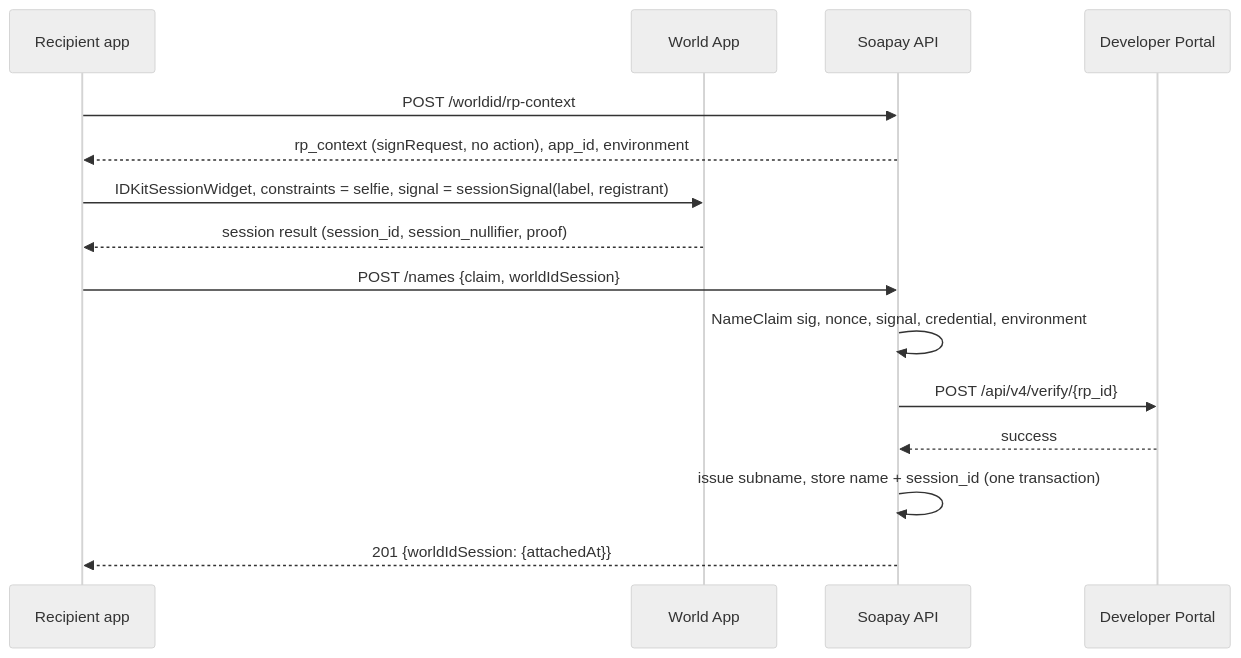
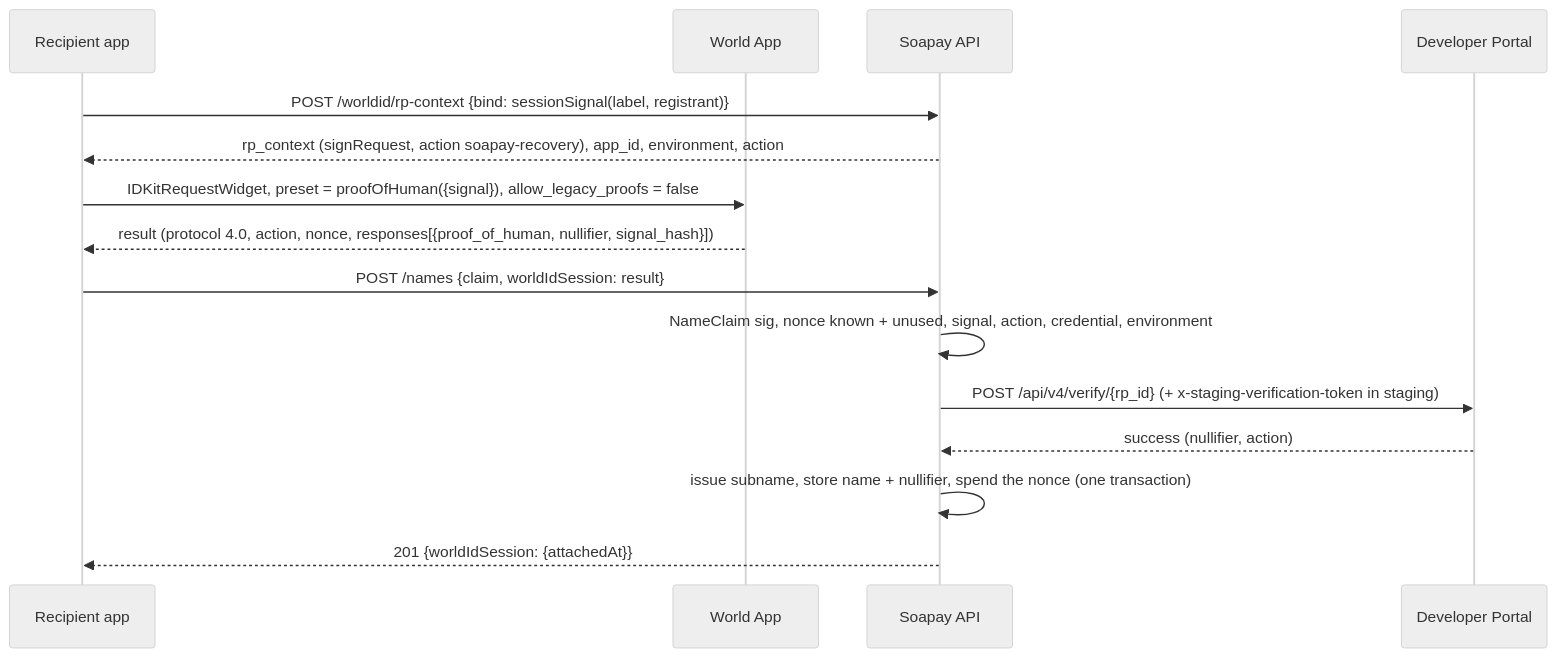
Before and after one commit to easonchai/soapay: the first of 3 diagrams in docs/worldid.md, drawn with Mermaid (neutral theme). The commit also changed other lines of this file and 6 other files, not shown here.

First line of the commit message:
Docs: World ID recovery by nullifier (D-58), debrief friction, architecture, spec and bounty notes

````diff
--- a/docs/worldid.md
+++ b/docs/worldid.md
@@ -55,17 +67,17 @@
 ```mermaid
 sequenceDiagram
   participant R as Recipient app
   participant W as World App
   participant A as Soapay API
   participant P as Developer Portal
-  R->>A: POST /worldid/rp-context
-  A-->>R: rp_context (signRequest, no action), app_id, environment
-  R->>W: IDKitSessionWidget, constraints = selfie, signal = sessionSignal(label, registrant)
-  W-->>R: session result (session_id, session_nullifier, proof)
-  R->>A: POST /names {claim, worldIdSession}
-  A->>A: NameClaim sig, nonce, signal, credential, environment
-  A->>P: POST /api/v4/verify/{rp_id}
-  P-->>A: success
-  A->>A: issue subname, store name + session_id (one transaction)
+  R->>A: POST /worldid/rp-context {bind: sessionSignal(label, registrant)}
+  A-->>R: rp_context (signRequest, action soapay-recovery), app_id, environment, action
+  R->>W: IDKitRequestWidget, preset = proofOfHuman({signal}), allow_legacy_proofs = false
+  W-->>R: result (protocol 4.0, action, nonce, responses[{proof_of_human, nullifier, signal_hash}])
+  R->>A: POST /names {claim, worldIdSession: result}
+  A->>A: NameClaim sig, nonce known + unused, signal, action, credential, environment
+  A->>P: POST /api/v4/verify/{rp_id} (+ x-staging-verification-token in staging)
+  P-->>A: success (nullifier, action)
+  A->>A: issue subname, store name + nullifier, spend the nonce (one transaction)
   A-->>R: 201 {worldIdSession: {attachedAt}}
 ```
````
